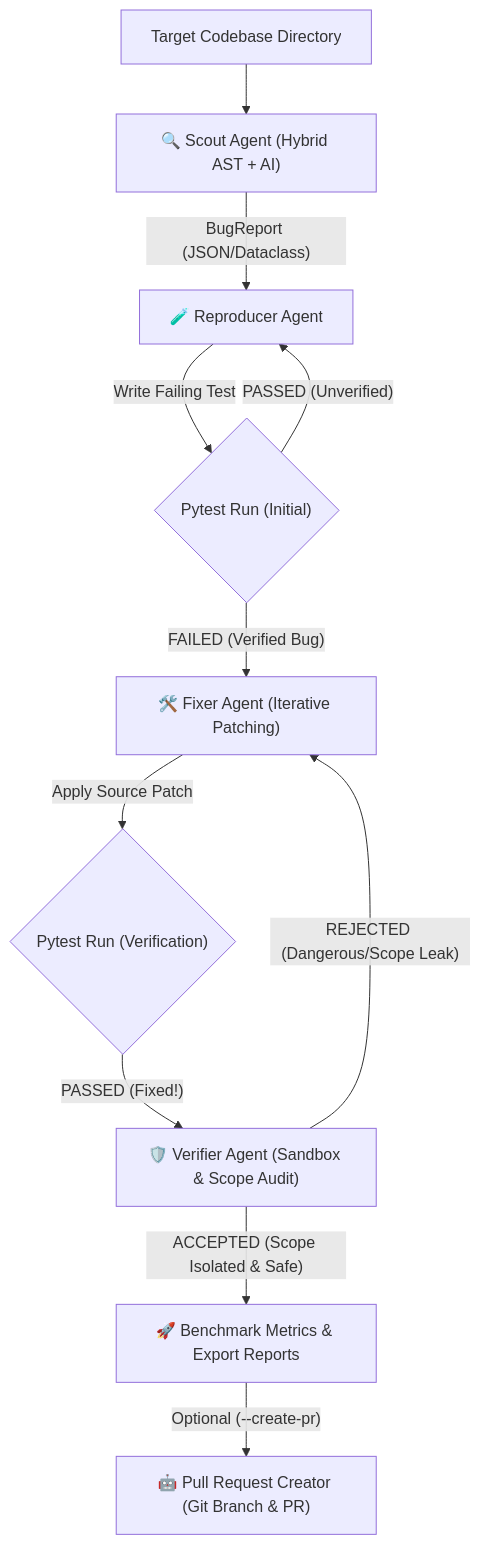
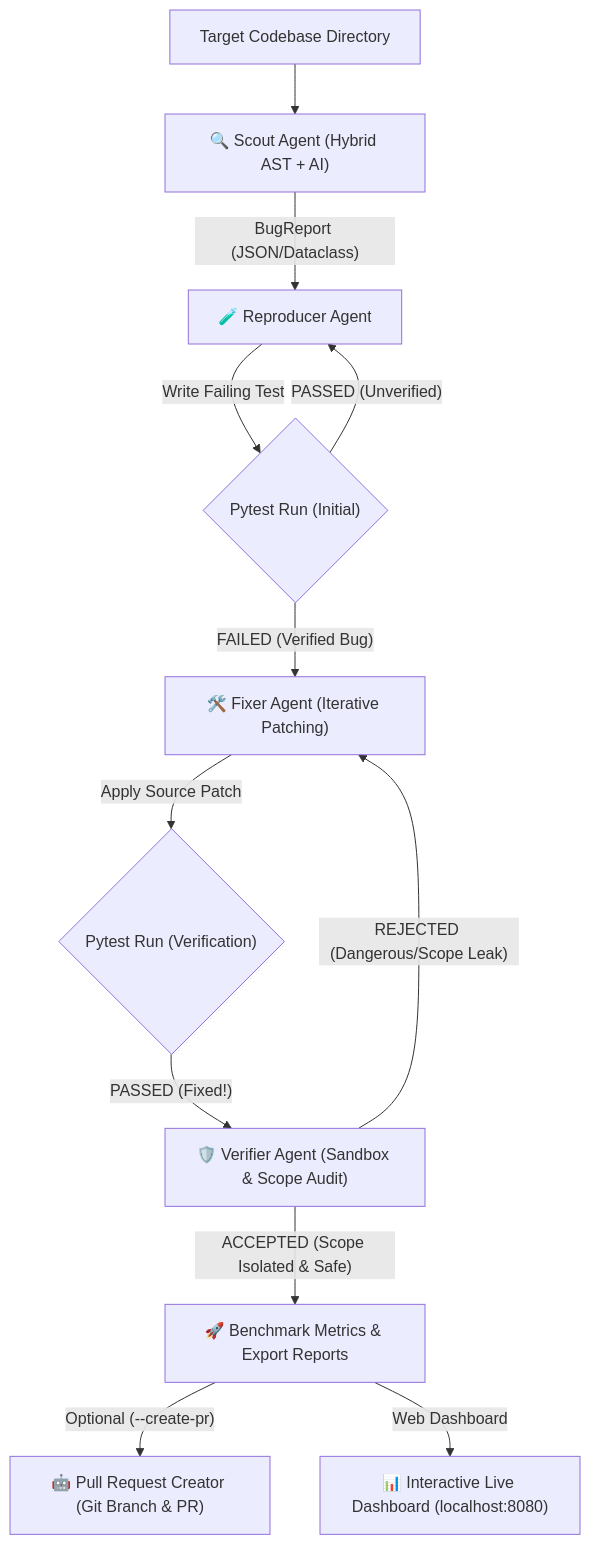
Before and after one commit to talhakaramavus/self_healing_bug_hunter: the diagram in README.md, drawn with Mermaid. The commit also changed other lines of this file and 3 other files, not shown here.

Commit message:
feat: add interactive zero-dependency real-time Web Dashboard

````diff
--- a/README.md
+++ b/README.md
@@ -40,13 +42,14 @@
 ```mermaid
 graph TD
     A["Target Codebase Directory"] --> B["🔍 Scout Agent (Hybrid AST + AI)"]
     B -- "BugReport (JSON/Dataclass)" --> C["🧪 Reproducer Agent"]
     C -- "Write Failing Test" --> D{"Pytest Run (Initial)"}
     D -- "FAILED (Verified Bug)" --> E["🛠️ Fixer Agent (Iterative Patching)"]
     D -- "PASSED (Unverified)" --> C
     E -- "Apply Source Patch" --> F{"Pytest Run (Verification)"}
     F -- "PASSED (Fixed!)" --> G["🛡️ Verifier Agent (Sandbox & Scope Audit)"]
     G -- "ACCEPTED (Scope Isolated & Safe)" --> H["🚀 Benchmark Metrics & Export Reports"]
     G -- "REJECTED (Dangerous/Scope Leak)" --> E
     H -- "Optional (--create-pr)" --> I["🤖 Pull Request Creator (Git Branch & PR)"]
+    H -- "Web Dashboard" --> J["📊 Interactive Live Dashboard (localhost:8080)"]
 ```
````
